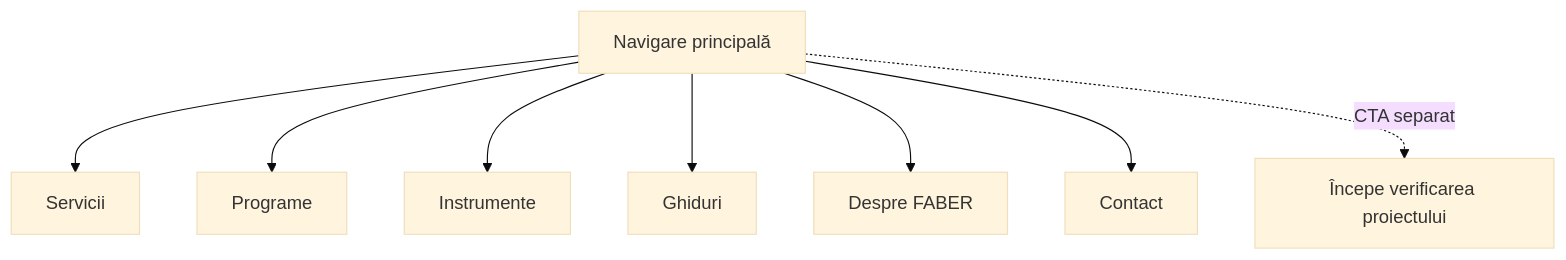
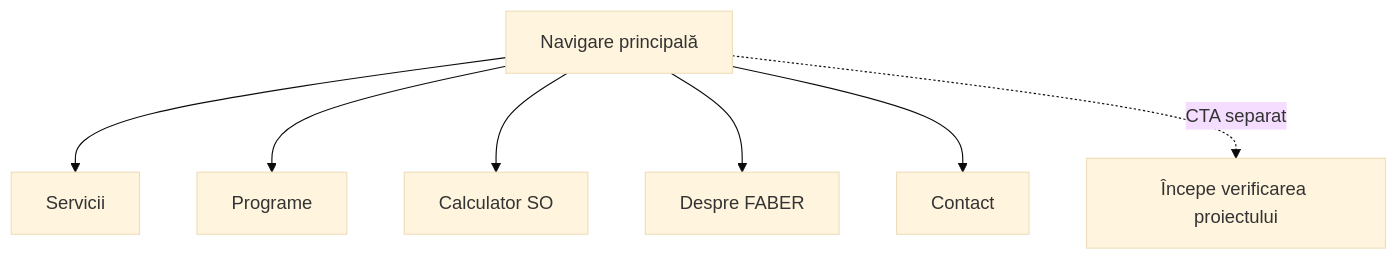
One commit to florincaciur/atelierdeconsultanta changed the diagram in reports/main-navigation-sitemap-2026-07-21.md. Above: the diagram before and after it, drawn with Mermaid (base theme). The commit also changed other lines of this file and 255 other files, not shown here.

Commit message:
feat: refresh funding programs and consultation flows

````diff
--- a/reports/main-navigation-sitemap-2026-07-21.md
+++ b/reports/main-navigation-sitemap-2026-07-21.md
@@ -33,10 +26,9 @@
 ```mermaid
 graph TD
   NAV["Navigare principală"] --> S["Servicii"]
   NAV --> P["Programe"]
-  NAV --> I["Instrumente"]
-  NAV --> G["Ghiduri"]
+  NAV --> SO["Calculator SO"]
   NAV --> D["Despre FABER"]
   NAV --> C["Contact"]
   NAV -. CTA separat .-> V["Începe verificarea proiectului"]
 ```
````
